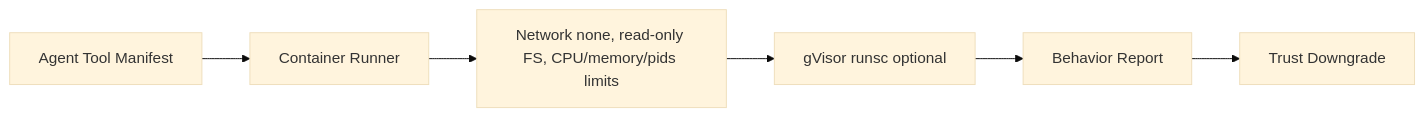
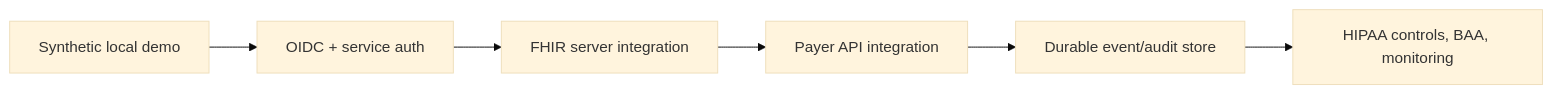
The second of 2 diagrams in docs/security-model.md (roshaninfordham/healthagentpassport), drawn with Mermaid (base theme) before and after one commit. The commit also changed other lines of this file and 137 other files, not shown here.

````diff
--- a/docs/security-model.md
+++ b/docs/security-model.md
@@ -75,8 +56,8 @@
 ```mermaid
 flowchart LR
-  Tool[Agent Tool Manifest] --> Container[Container Runner]
-  Container --> Limits[Network none, read-only FS, CPU/memory/pids limits]
-  Limits --> Gvisor[gVisor runsc optional]
-  Gvisor --> Report[Behavior Report]
-  Report --> Trust[Trust Downgrade]
+  Demo[Synthetic local demo] --> Auth[OIDC + service auth]
+  Auth --> Fhir[FHIR server integration]
+  Fhir --> Payer[Payer API integration]
+  Payer --> Store[Durable event/audit store]
+  Store --> Compliance[HIPAA controls, BAA, monitoring]
 ```
````
